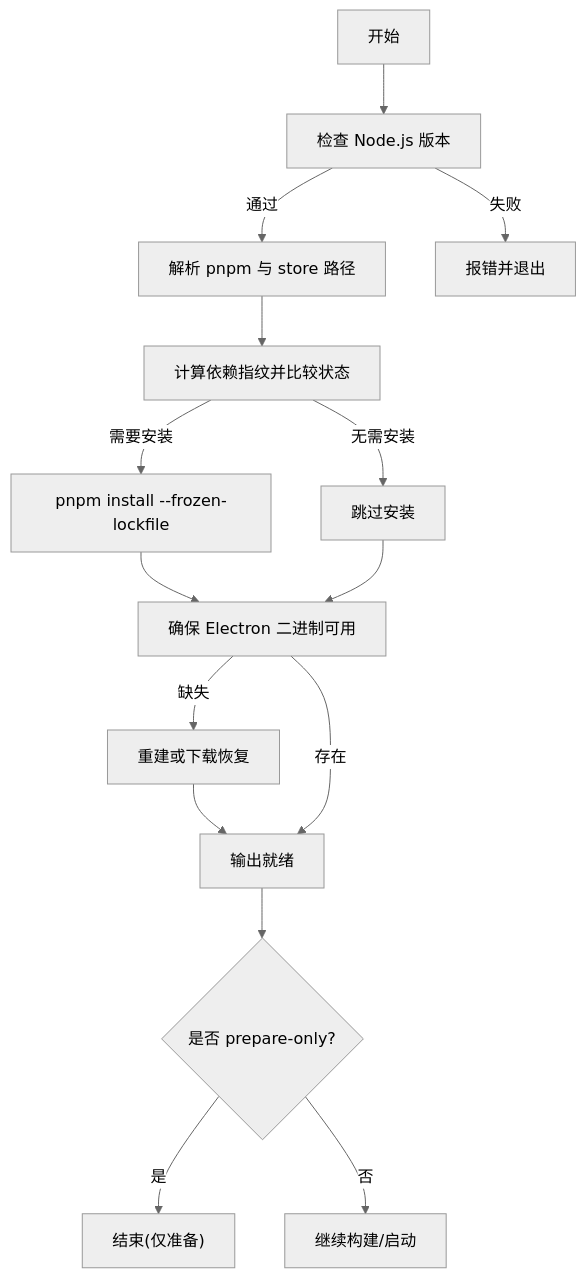
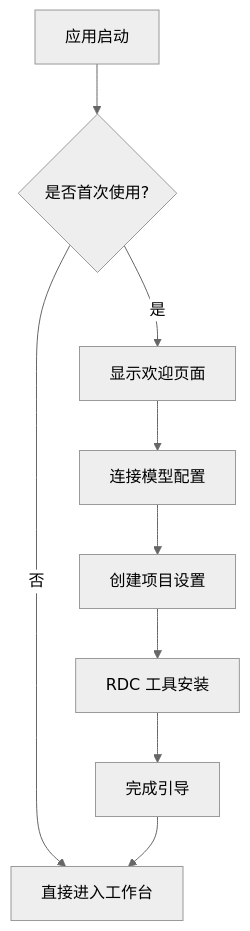
Before and after one commit to haolange/RDC-Agent: the diagram in .qoder/repowiki/zh/content/快速开始.md, drawn with Mermaid (neutral theme). The commit also changed other lines of this file and 80 other files, not shown here.

````diff
--- a/.qoder/repowiki/zh/content/快速开始.md
+++ b/.qoder/repowiki/zh/content/快速开始.md
@@ -117,17 +119,11 @@
 ```mermaid
 flowchart TD
-S["开始"] --> N["检查 Node.js 版本"]
-N --> |通过| P["解析 pnpm 与 store 路径"]
-N --> |失败| E1["报错并退出"]
-P --> D["计算依赖指纹并比较状态"]
-D --> |需要安装| I["pnpm install --frozen-lockfile"]
-D --> |无需安装| B["跳过安装"]
-I --> E["确保 Electron 二进制可用"]
-B --> E
-E --> |缺失| R["重建或下载恢复"]
-R --> O["输出就绪"]
-E --> |存在| O
-O --> M{"是否 prepare-only?"}
-M --> |是| X["结束(仅准备)"]
-M --> |否| Q["继续构建/启动"]
+A["应用启动"] --> B{"是否首次使用?"}
+B --> |是| C["显示欢迎页面"]
+B --> |否| D["直接进入工作台"]
+C --> E["连接模型配置"]
+E --> F["创建项目设置"]
+F --> G["RDC 工具安装"]
+G --> H["完成引导"]
+H --> D
 ```
````
